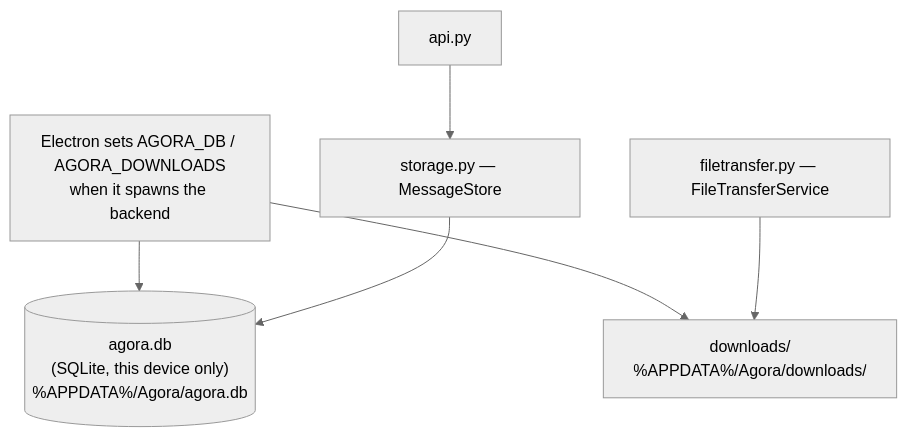
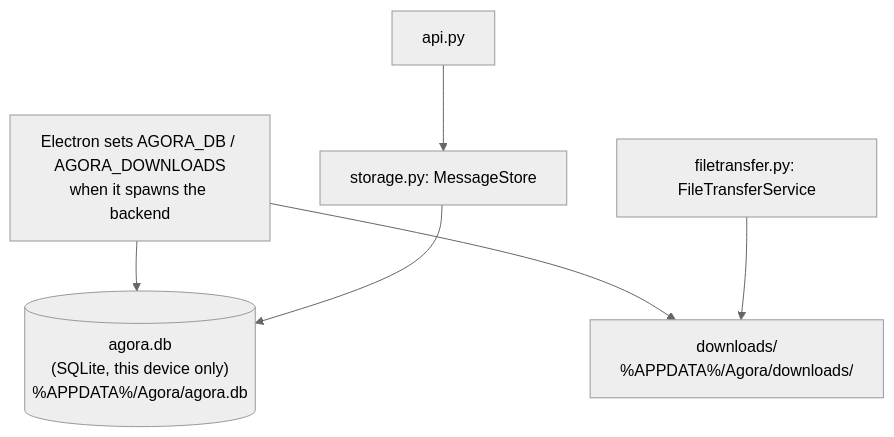
The sixth of 8 diagrams in README.md (abdul-wahid-lab/agora), drawn with Mermaid (neutral theme) before and after one commit. The commit also changed other lines of this file and 8 other files, not shown here.

````diff
--- a/README.md
+++ b/README.md
@@ -219,9 +219,9 @@
 ```mermaid
 flowchart TD
     ENV["Electron sets AGORA_DB / AGORA_DOWNLOADS\nwhen it spawns the backend"]
     ENV --> DB[("agora.db\n(SQLite, this device only)\n%APPDATA%/Agora/agora.db")]
     ENV --> DL["downloads/\n%APPDATA%/Agora/downloads/"]
-    MS["storage.py — MessageStore"] --> DB
-    FT["filetransfer.py — FileTransferService"] --> DL
+    MS["storage.py: MessageStore"] --> DB
+    FT["filetransfer.py: FileTransferService"] --> DL
     API["api.py"] --> MS
 ```
````
